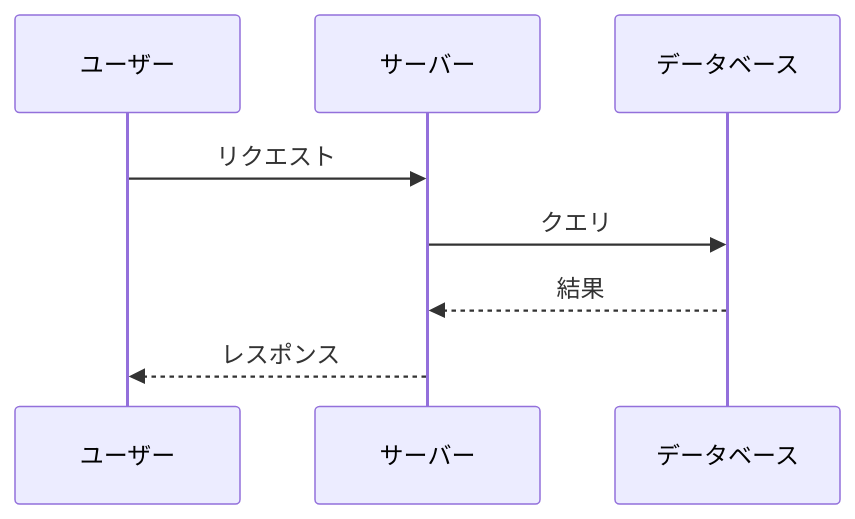
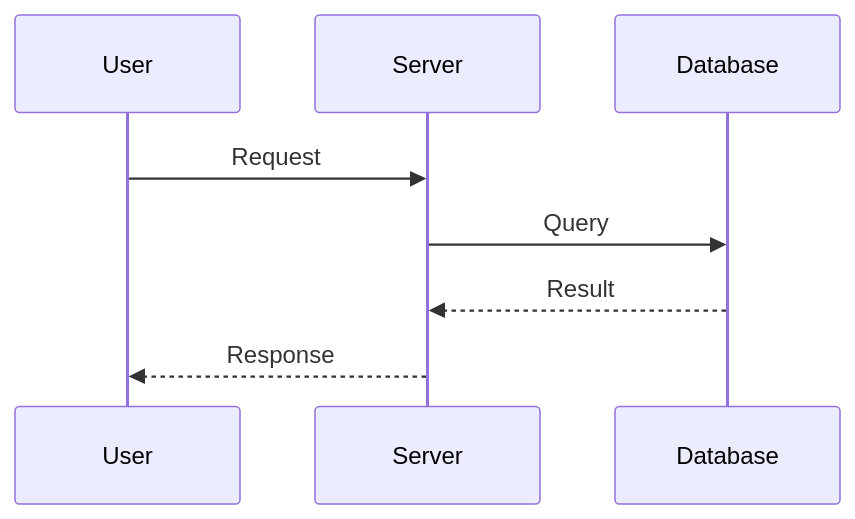
Before and after one commit to aToy0m0/skills: the second of 3 diagrams in generate-docs/SKILL.md, drawn with Mermaid. The commit also changed other lines of this file and 5 other files, not shown here.

````diff
--- a/generate-docs/SKILL.md
+++ b/generate-docs/SKILL.md
@@ -151,10 +151,10 @@
 ```mermaid
 sequenceDiagram
-    participant U as ユーザー
-    participant S as サーバー
-    participant D as データベース
-    U->>S: リクエスト
-    S->>D: クエリ
-    D-->>S: 結果
-    S-->>U: レスポンス
+    participant U as User
+    participant S as Server
+    participant D as Database
+    U->>S: Request
+    S->>D: Query
+    D-->>S: Result
+    S-->>U: Response
 ```
````
